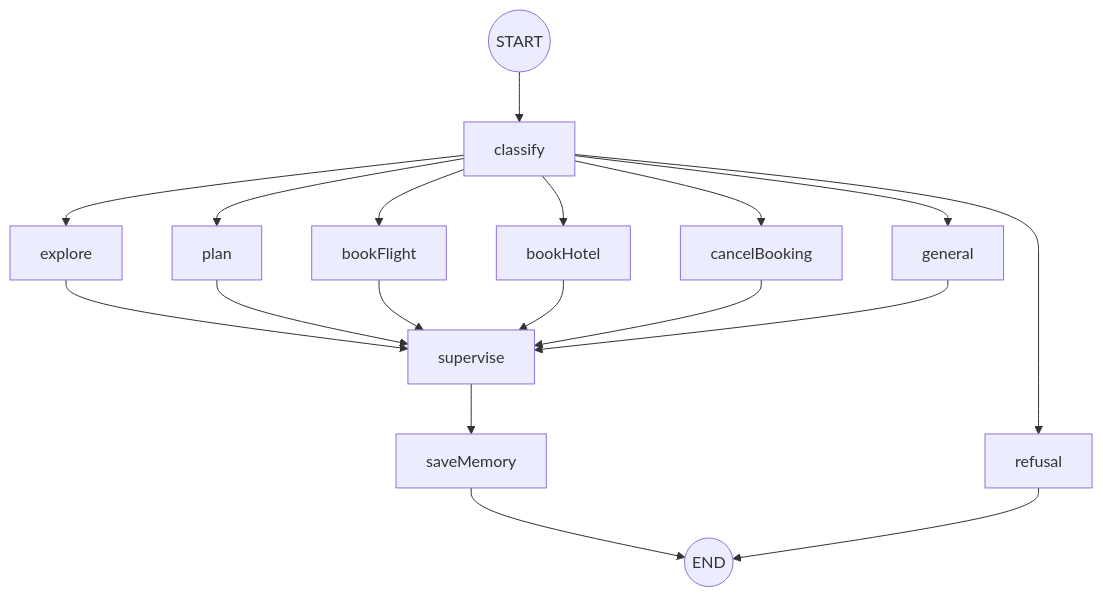
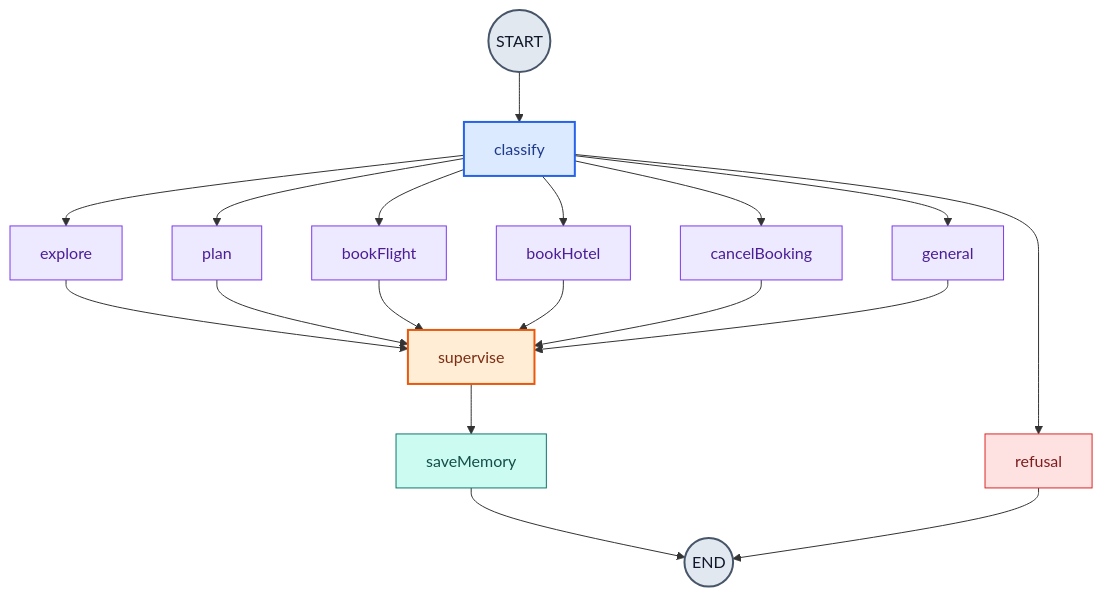
One commit to nguyentrathao-agilityio/travel-assistant changed the diagram in README.md. Above: the diagram before and after it, drawn with Mermaid. The commit also changed 6 other files, not shown here.

Commit message:
docs: style Mermaid workflow diagrams

````diff
--- a/README.md
+++ b/README.md
@@ -16,9 +16,23 @@
 ```mermaid
 flowchart TD
     START((START)) --> classify
     classify --> explore & plan & bookFlight & bookHotel & cancelBooking & general
     classify --> refusal
     explore & plan & bookFlight & bookHotel & cancelBooking & general --> supervise
     supervise --> saveMemory --> END((END))
     refusal --> END
+
+    classDef boundary fill:#e2e8f0,stroke:#475569,color:#0f172a,stroke-width:2px
+    classDef routing fill:#dbeafe,stroke:#2563eb,color:#1e3a8a,stroke-width:2px
+    classDef agent fill:#ede9fe,stroke:#7c3aed,color:#4c1d95
+    classDef control fill:#ffedd5,stroke:#ea580c,color:#7c2d12,stroke-width:2px
+    classDef persistence fill:#ccfbf1,stroke:#0f766e,color:#134e4a
+    classDef danger fill:#fee2e2,stroke:#dc2626,color:#7f1d1d
+
+    class START,END boundary
+    class classify routing
+    class explore,plan,bookFlight,bookHotel,cancelBooking,general agent
+    class supervise control
+    class saveMemory persistence
+    class refusal danger
 ```
````
